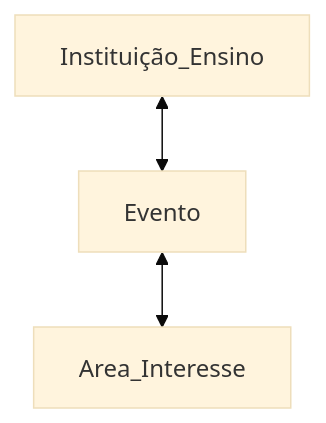
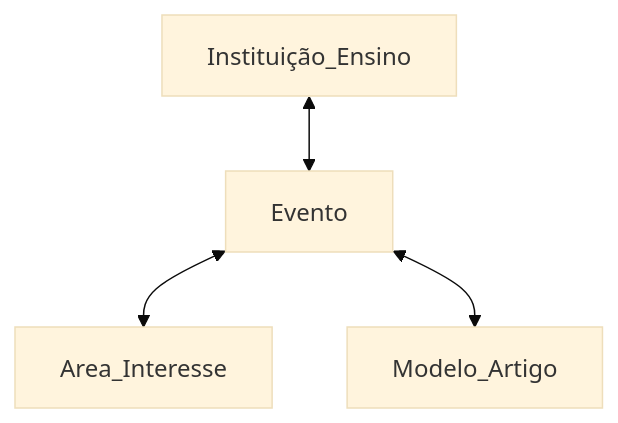
The diagram in Projeto de Banco de Dados/aula_05 24_03.md (vanessacezarn/3_Semestre), drawn with Mermaid (base theme) before and after one commit.

Commit message:
Update aula_05 24_03.md

````diff
--- a/Projeto de Banco de Dados/aula_05 24_03.md
+++ b/Projeto de Banco de Dados/aula_05 24_03.md
@@ -45,6 +45,7 @@
 ```mermaid
 graph TD;
     Instituição_Ensino<-->Evento;
-    Evento <-->Area_Interesse
+    Evento <-->Area_Interesse;
+    Evento <-->Modelo_Artigo;
     
 ```
````
